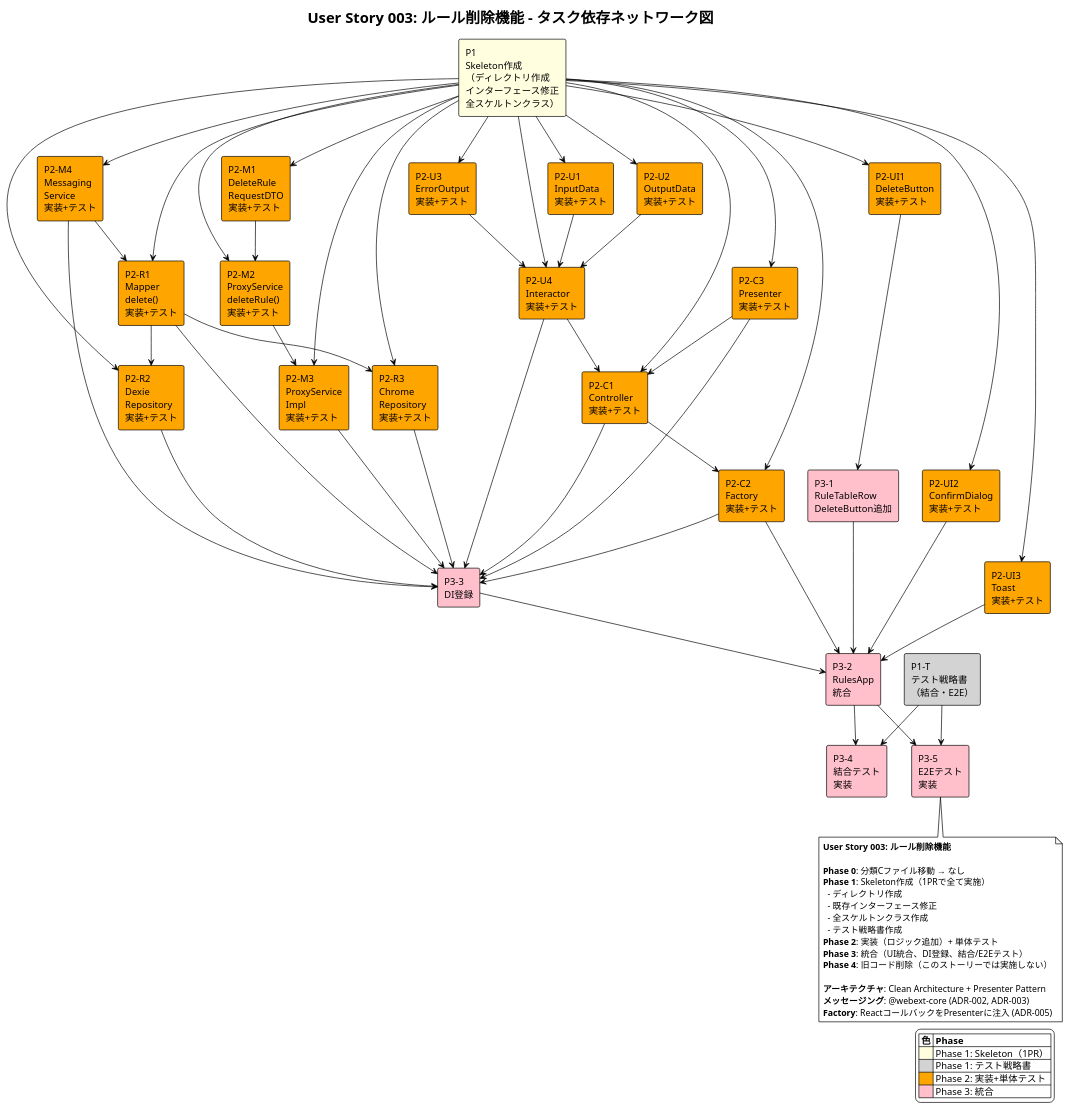
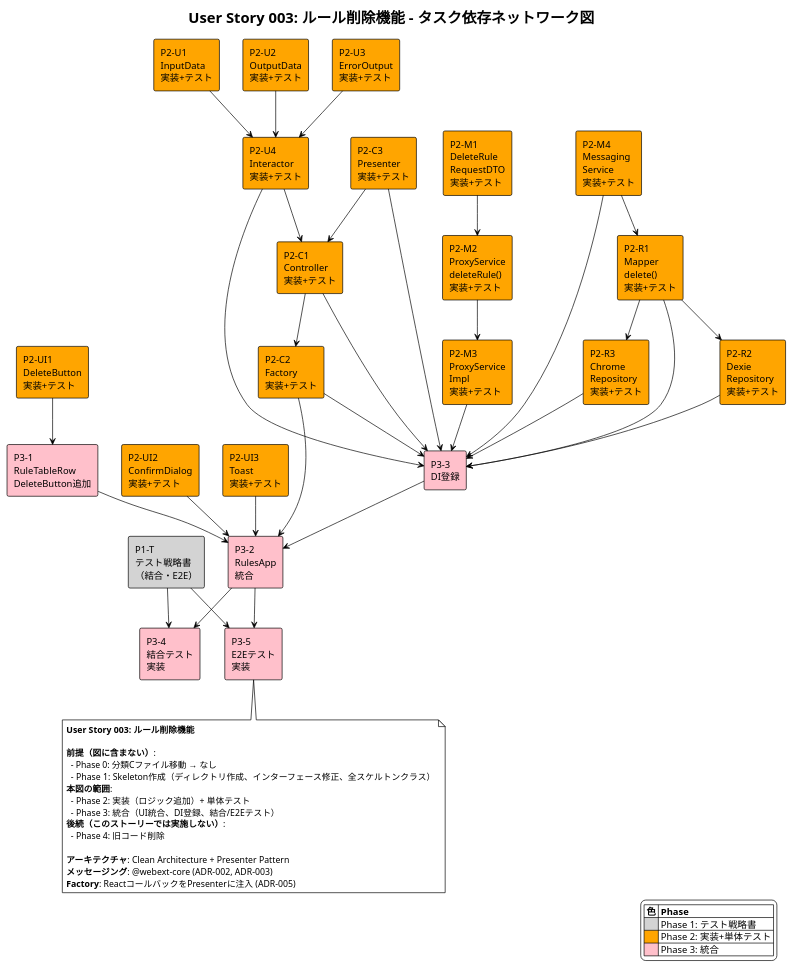
One commit to akAredminEogre/frog-frame-front changed the diagram in docs/user-stories/user-story-003/network-diagram.puml. Above: the diagram before and after it, drawn with PlantUML.

Commit message:
docs: remove Phase 1 skeleton from network diagram, keep as annotation
Phase 1 skeleton is self-evident, so removed from diagram nodes.
Added as annotation in the note section instead.

```diff
--- a/docs/user-stories/user-story-003/network-diagram.puml
+++ b/docs/user-stories/user-story-003/network-diagram.puml
@@ -1,127 +1,103 @@
 @startuml user-story-003-network-diagram
 !theme plain
 title User Story 003: ルール削除機能 - タスク依存ネットワーク図
-
-' Phase 1: Skeleton（1つのPRで全て実施）
-rectangle "P1\nSkeleton作成\n（ディレクトリ作成\nインターフェース修正\n全スケルトンクラス）" as phase1Skeleton #lightyellow
 
 ' Phase 1: テスト戦略書
 rectangle "P1-T\nテスト戦略書\n（結合・E2E）" as testStrategy #lightgray
 
 ' Phase 2: 実装 - メッセージング
 rectangle "P2-M1\nDeleteRule\nRequestDTO\n実装+テスト" as requestDtoImpl #orange
 rectangle "P2-M2\nProxyService\ndeleteRule()\n実装+テスト" as proxyImpl #orange
 rectangle "P2-M3\nProxyService\nImpl\n実装+テスト" as proxyImplImpl #orange
 rectangle "P2-M4\nMessaging\nService\n実装+テスト" as msgImpl #orange
 
 ' Phase 2: 実装 - Mapper/Repository
 rectangle "P2-R1\nMapper\ndelete()\n実装+テスト" as mapperImpl #orange
 rectangle "P2-R2\nDexie\nRepository\n実装+テスト" as dexieImpl #orange
 rectangle "P2-R3\nChrome\nRepository\n実装+テスト" as chromeImpl #orange
 
 ' Phase 2: 実装 - UseCase
 rectangle "P2-U1\nInputData\n実装+テスト" as inputImpl #orange
 rectangle "P2-U2\nOutputData\n実装+テスト" as outputImpl #orange
 rectangle "P2-U3\nErrorOutput\n実装+テスト" as errorImpl #orange
 rectangle "P2-U4\nInteractor\n実装+テスト" as interactorImpl #orange
 
 ' Phase 2: 実装 - Controller/Presenter
 rectangle "P2-C1\nController\n実装+テスト" as controllerImpl #orange
 rectangle "P2-C2\nFactory\n実装+テスト" as factoryImpl #orange
 rectangle "P2-C3\nPresenter\n実装+テスト" as presenterImpl #orange
 
 ' Phase 2: 実装 - UI
 rectangle "P2-UI1\nDeleteButton\n実装+テスト" as deleteBtnImpl #orange
 rectangle "P2-UI2\nConfirmDialog\n実装+テスト" as confirmImpl #orange
 rectangle "P2-UI3\nToast\n実装+テスト" as toastImpl #orange
 
 ' Phase 3: 統合
 rectangle "P3-1\nRuleTableRow\nDeleteButton追加" as tableRowInteg #pink
 rectangle "P3-2\nRulesApp\n統合" as rulesAppInteg #pink
 rectangle "P3-3\nDI登録" as diReg #pink
 rectangle "P3-4\n結合テスト\n実装" as integrationTest #pink
 rectangle "P3-5\nE2Eテスト\n実装" as e2eTest #pink
-
-' 依存関係: Phase 1 → Phase 2
-phase1Skeleton --> requestDtoImpl
-phase1Skeleton --> proxyImpl
-phase1Skeleton --> proxyImplImpl
-phase1Skeleton --> msgImpl
-phase1Skeleton --> mapperImpl
-phase1Skeleton --> dexieImpl
-phase1Skeleton --> chromeImpl
-phase1Skeleton --> inputImpl
-phase1Skeleton --> outputImpl
-phase1Skeleton --> errorImpl
-phase1Skeleton --> interactorImpl
-phase1Skeleton --> controllerImpl
-phase1Skeleton --> factoryImpl
-phase1Skeleton --> presenterImpl
-phase1Skeleton --> deleteBtnImpl
-phase1Skeleton --> confirmImpl
-phase1Skeleton --> toastImpl
 
 ' 依存関係: Phase 2 内部
 requestDtoImpl --> proxyImpl
 proxyImpl --> proxyImplImpl
 msgImpl --> mapperImpl
 mapperImpl --> dexieImpl
 mapperImpl --> chromeImpl
 inputImpl --> interactorImpl
 outputImpl --> interactorImpl
 errorImpl --> interactorImpl
 interactorImpl --> controllerImpl
 presenterImpl --> controllerImpl
 controllerImpl --> factoryImpl
 
 ' 依存関係: Phase 2 → Phase 3
 deleteBtnImpl --> tableRowInteg
 tableRowInteg --> rulesAppInteg
 confirmImpl --> rulesAppInteg
 toastImpl --> rulesAppInteg
 factoryImpl --> rulesAppInteg
 controllerImpl --> diReg
 presenterImpl --> diReg
 factoryImpl --> diReg
 interactorImpl --> diReg
 proxyImplImpl --> diReg
 msgImpl --> diReg
 mapperImpl --> diReg
 dexieImpl --> diReg
 chromeImpl --> diReg
 diReg --> rulesAppInteg
 
 ' 依存関係: テスト
 testStrategy --> integrationTest
 testStrategy --> e2eTest
 rulesAppInteg --> integrationTest
 rulesAppInteg --> e2eTest
 
 ' 凡例
 legend right
   |= 色 |= Phase |
-  | <#lightyellow> | Phase 1: Skeleton（1PR） |
   | <#lightgray> | Phase 1: テスト戦略書 |
   | <#orange> | Phase 2: 実装+単体テスト |
   | <#pink> | Phase 3: 統合 |
 endlegend
 
 note bottom
 **User Story 003: ルール削除機能**
 
-**Phase 0**: 分類Cファイル移動 → なし
-**Phase 1**: Skeleton作成（1PRで全て実施）
-  - ディレクトリ作成
-  - 既存インターフェース修正
-  - 全スケルトンクラス作成
-  - テスト戦略書作成
-**Phase 2**: 実装（ロジック追加）+ 単体テスト
-**Phase 3**: 統合（UI統合、DI登録、結合/E2Eテスト）
-**Phase 4**: 旧コード削除（このストーリーでは実施しない）
+**前提（図に含まない）**:
+  - Phase 0: 分類Cファイル移動 → なし
+  - Phase 1: Skeleton作成（ディレクトリ作成、インターフェース修正、全スケルトンクラス）
+**本図の範囲**:
+  - Phase 2: 実装（ロジック追加）+ 単体テスト
+  - Phase 3: 統合（UI統合、DI登録、結合/E2Eテスト）
+**後続（このストーリーでは実施しない）**:
+  - Phase 4: 旧コード削除
 
 **アーキテクチャ**: Clean Architecture + Presenter Pattern
 **メッセージング**: @webext-core (ADR-002, ADR-003)
 **Factory**: ReactコールバックをPresenterに注入 (ADR-005)
 end note
 
 @enduml
```
